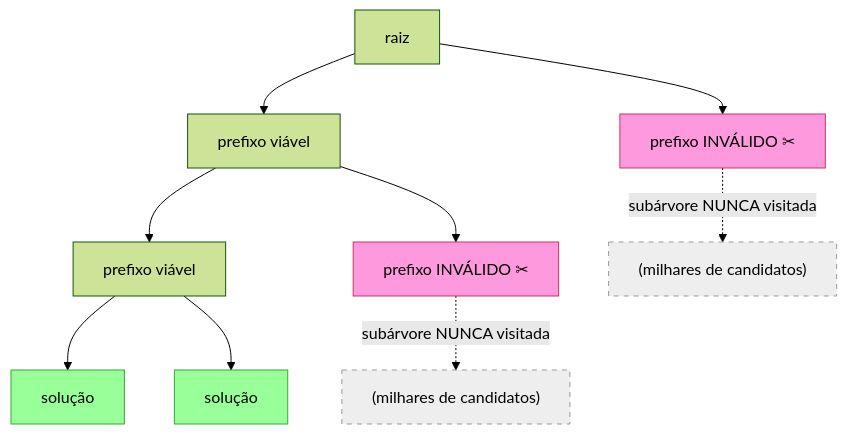
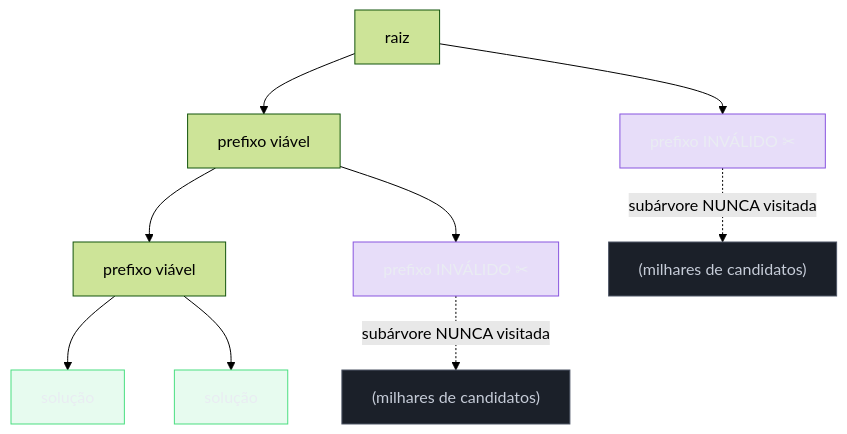
One commit to josenaldo/codex-technomanticus changed the third of 6 diagrams in 03-Dominios/Ciência/Algoritmos/12 - Backtracking.md. Above: the diagram before and after it, drawn with Mermaid (forest theme). The commit also changed other lines of this file and 1181 other files, not shown here.

First line of the commit message:
fix(diagramas): paleta do sistema no lugar de cor cravada no markdown

````diff
--- a/03-Dominios/Ciência/Algoritmos/12 - Backtracking.md
+++ b/03-Dominios/Ciência/Algoritmos/12 - Backtracking.md
@@ -135,18 +140,21 @@
 ```mermaid
 flowchart TD
+    classDef marca fill:#8855DF33,stroke:#8855DF,color:#E9ECF2
+    classDef neutro fill:#1B2029,stroke:#4E5666,color:#C6CCD8
+    classDef ok fill:#4ADE8021,stroke:#4ADE80,color:#E9ECF2
     R["raiz"] --> N1["prefixo viável"]
     R --> N2["prefixo INVÁLIDO ✂"]
     N1 --> N1a["prefixo viável"]
     N1 --> N1b["prefixo INVÁLIDO ✂"]
     N1a --> S1["solução"]
     N1a --> S2["solução"]
     N2 -. "subárvore NUNCA visitada" .-> X1["(milhares de candidatos)"]
     N1b -. "subárvore NUNCA visitada" .-> X2["(milhares de candidatos)"]
 
-    style N2 fill:#f9d,stroke:#c36
-    style N1b fill:#f9d,stroke:#c36
-    style X1 fill:#eee,stroke:#999,stroke-dasharray: 5 5
-    style X2 fill:#eee,stroke:#999,stroke-dasharray: 5 5
-    style S1 fill:#9f9,stroke:#3a3
-    style S2 fill:#9f9,stroke:#3a3
+    class N2 marca
+    class N1b marca
+    class X1 neutro
+    class X2 neutro
+    class S1 ok
+    class S2 ok
 ```
````
